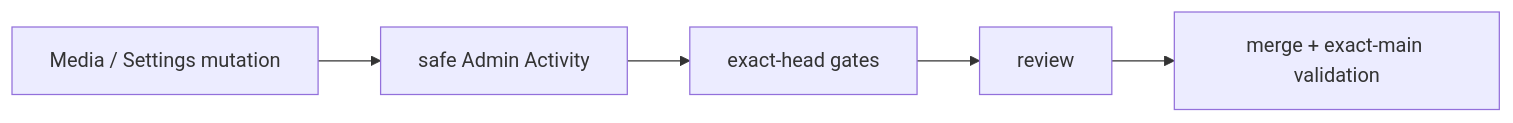
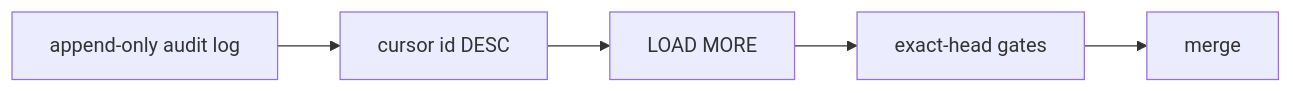
Before and after one commit to pl0n3r/brvtal: the diagram in README.md, drawn with Mermaid. The commit also changed other lines of this file and 8 other files, not shown here.

First line of the commit message:
fix(audit): paginar Admin Activity e History (v0.1.62) (#703)

````diff
--- a/README.md
+++ b/README.md
@@ -43,7 +43,7 @@
 ```mermaid
 flowchart LR
-  M["Media / Settings mutation"] --> A["safe Admin Activity"]
-  A --> G["exact-head gates"]
-  G --> R["review"]
-  R --> P["merge + exact-main validation"]
+  A["append-only audit log"] --> C["cursor id DESC"]
+  C --> U["LOAD MORE"]
+  U --> G["exact-head gates"]
+  G --> M["merge"]
 ```
````
